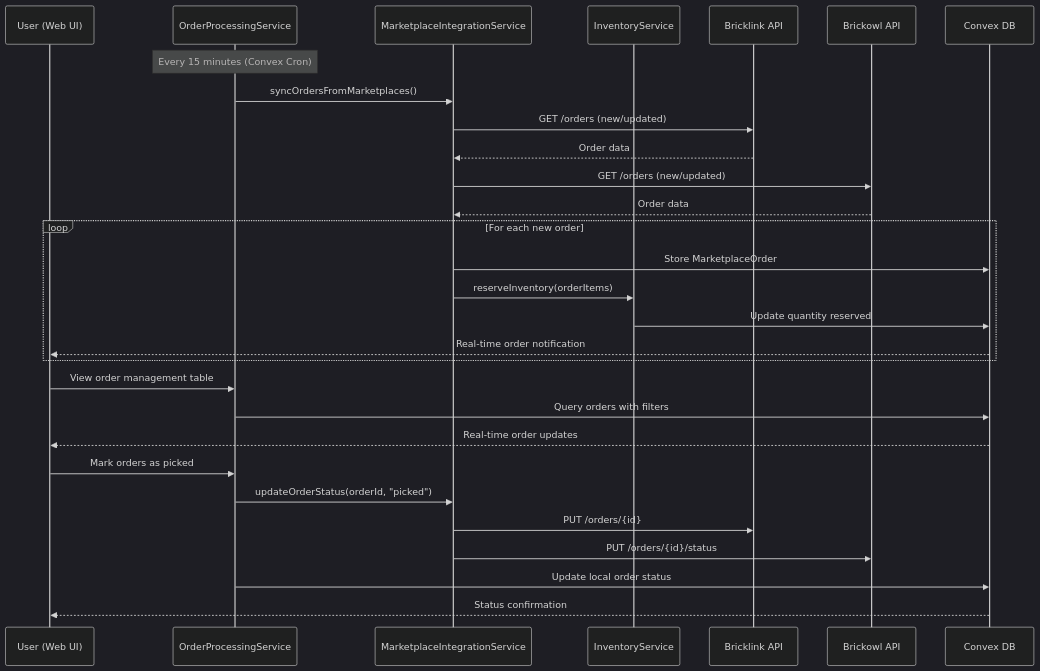
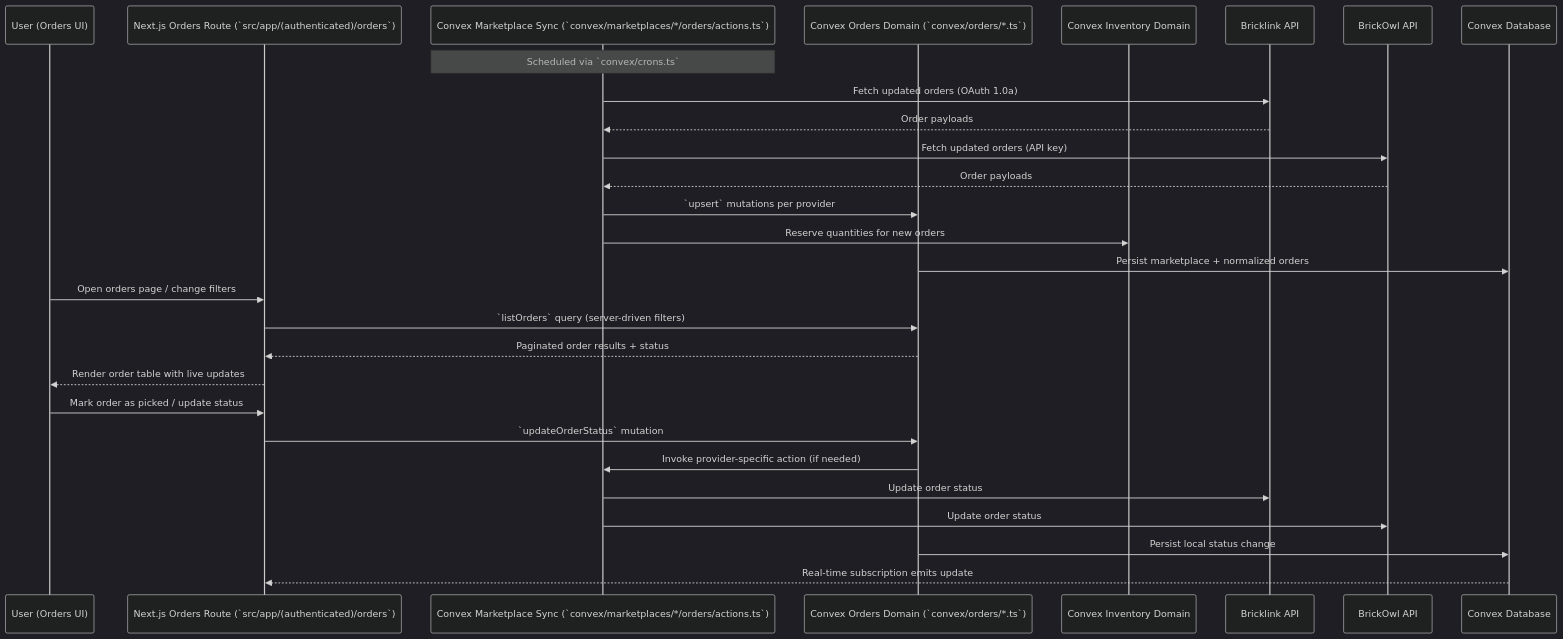
Before and after one commit to 1benisin/brickops: the first of 3 diagrams in docs/architecture/frontend/core-workflows.md, drawn with Mermaid (dark theme). The commit also changed other lines of this file and 181 other files, not shown here.

````diff
--- a/docs/architecture/frontend/core-workflows.md
+++ b/docs/architecture/frontend/core-workflows.md
@@ -5,35 +7,33 @@
 ```mermaid
 sequenceDiagram
-    participant User as User (Web UI)
-    participant Order as OrderProcessingService
-    participant Marketplace as MarketplaceIntegrationService
-    participant Inventory as InventoryService
-    participant BL as Bricklink API
-    participant BO as Brickowl API
-    participant DB as Convex DB
+    participant User as User (Orders UI)
+    participant Next as Next.js Orders Route (`src/app/(authenticated)/orders`)
+    participant Sync as Convex Marketplace Sync (`convex/marketplaces/*/orders/actions.ts`)
+    participant Orders as Convex Orders Domain (`convex/orders/*.ts`)
+    participant Inventory as Convex Inventory Domain
+    participant Bricklink as Bricklink API
+    participant Brickowl as BrickOwl API
+    participant DB as Convex Database
 
-    Note over Order: Every 15 minutes (Convex Cron)
-    Order->>Marketplace: syncOrdersFromMarketplaces()
-    Marketplace->>BL: GET /orders (new/updated)
-    BL-->>Marketplace: Order data
-    Marketplace->>BO: GET /orders (new/updated)
-    BO-->>Marketplace: Order data
+    Note over Sync: Scheduled via `convex/crons.ts`
+    Sync->>Bricklink: Fetch updated orders (OAuth 1.0a)
+    Bricklink-->>Sync: Order payloads
+    Sync->>Brickowl: Fetch updated orders (API key)
+    Brickowl-->>Sync: Order payloads
+    Sync->>Orders: `upsert` mutations per provider
+    Sync->>Inventory: Reserve quantities for new orders
+    Orders->>DB: Persist marketplace + normalized orders
 
-    loop For each new order
-        Marketplace->>DB: Store MarketplaceOrder
-        Marketplace->>Inventory: reserveInventory(orderItems)
-        Inventory->>DB: Update quantity reserved
-        DB-->>User: Real-time order notification
-    end
+    User->>Next: Open orders page / change filters
+    Next->>Orders: `listOrders` query (server-driven filters)
+    Orders-->>Next: Paginated order results + status
+    Next-->>User: Render order table with live updates
 
-    User->>Order: View order management table
-    Order->>DB: Query orders with filters
-    DB-->>User: Real-time order updates
-
-    User->>Order: Mark orders as picked
-    Order->>Marketplace: updateOrderStatus(orderId, "picked")
-    Marketplace->>BL: PUT /orders/{id}
-    Marketplace->>BO: PUT /orders/{id}/status
-    Order->>DB: Update local order status
-    DB-->>User: Status confirmation
+    User->>Next: Mark order as picked / update status
+    Next->>Orders: `updateOrderStatus` mutation
+    Orders->>Sync: Invoke provider-specific action (if needed)
+    Sync->>Bricklink: Update order status
+    Sync->>Brickowl: Update order status
+    Orders->>DB: Persist local status change
+    DB-->>Next: Real-time subscription emits update
 ```
````
